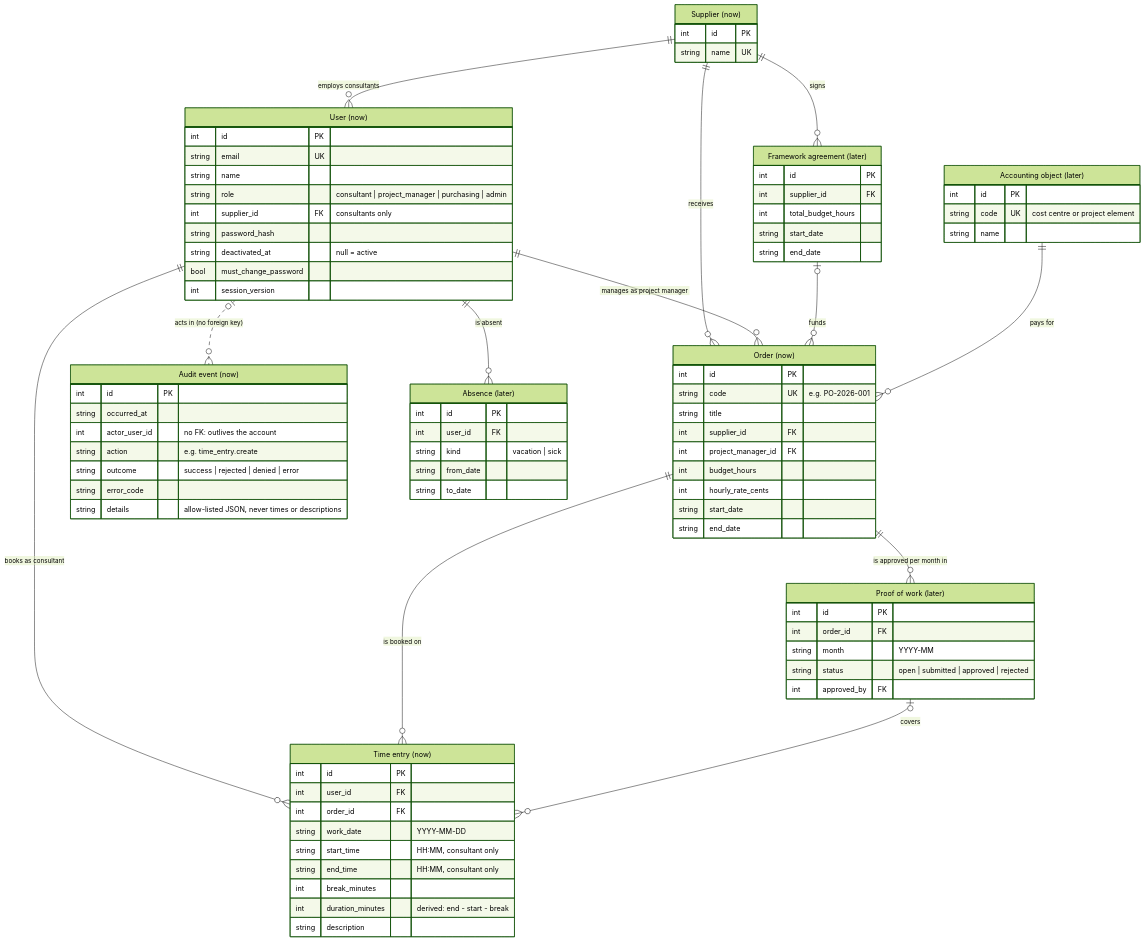
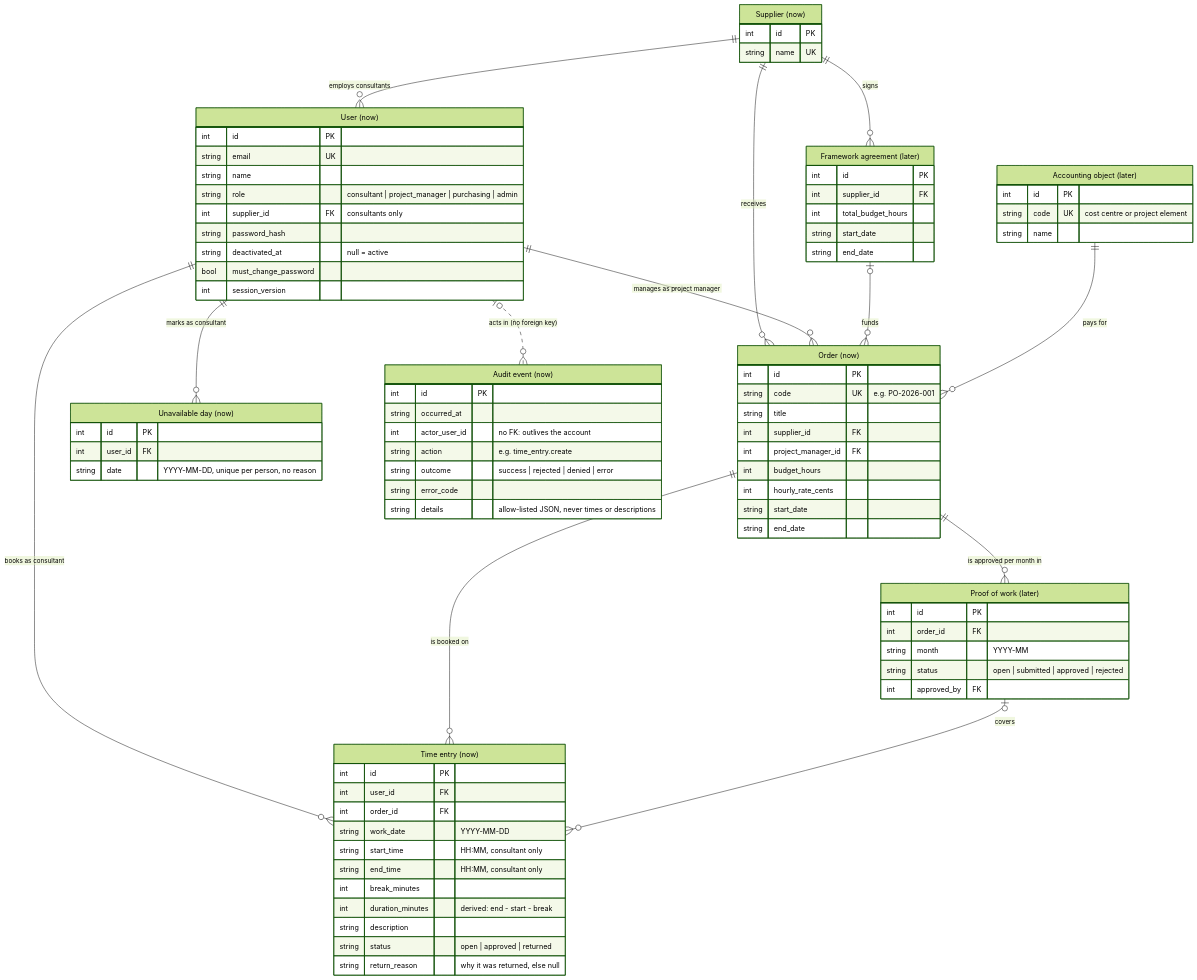
Before and after one commit to devjimah/code-six-timebooking: the diagram in docs/domain.md, drawn with Mermaid (forest theme). The commit also changed other lines of this file, not shown here.

First line of the commit message:
docs: the domain model shows approval and unavailable days

````diff
--- a/docs/domain.md
+++ b/docs/domain.md
@@ -34,6 +37,7 @@
     USER ||--o{ ORDER : "manages as project manager"
     USER ||--o{ TIME_ENTRY : "books as consultant"
     ORDER ||--o{ TIME_ENTRY : "is booked on"
+    USER ||--o{ UNAVAILABLE_DAY : "marks as consultant"
     USER |o..o{ AUDIT_EVENT : "acts in (no foreign key)"
 
     SUPPLIER ||--o{ FRAMEWORK_AGREEMENT : "signs"
@@ -41,7 +45,6 @@
     ACCOUNTING_OBJECT ||--o{ ORDER : "pays for"
     ORDER ||--o{ PROOF_OF_WORK : "is approved per month in"
     PROOF_OF_WORK |o--o{ TIME_ENTRY : "covers"
-    USER ||--o{ ABSENCE : "is absent"
 
     SUPPLIER["Supplier (now)"] {
         int id PK
@@ -79,6 +82,13 @@
         int break_minutes
         int duration_minutes "derived: end - start - break"
         string description
+        string status "open | approved | returned"
+        string return_reason "why it was returned, else null"
+    }
+    UNAVAILABLE_DAY["Unavailable day (now)"] {
+        int id PK
+        int user_id FK
+        string date "YYYY-MM-DD, unique per person, no reason"
     }
     AUDIT_EVENT["Audit event (now)"] {
         int id PK
@@ -108,11 +118,4 @@
         string status "open | submitted | approved | rejected"
         int approved_by FK
     }
-    ABSENCE["Absence (later)"] {
-        int id PK
-        int user_id FK
-        string kind "vacation | sick"
-        string from_date
-        string to_date
-    }
 ```
````
